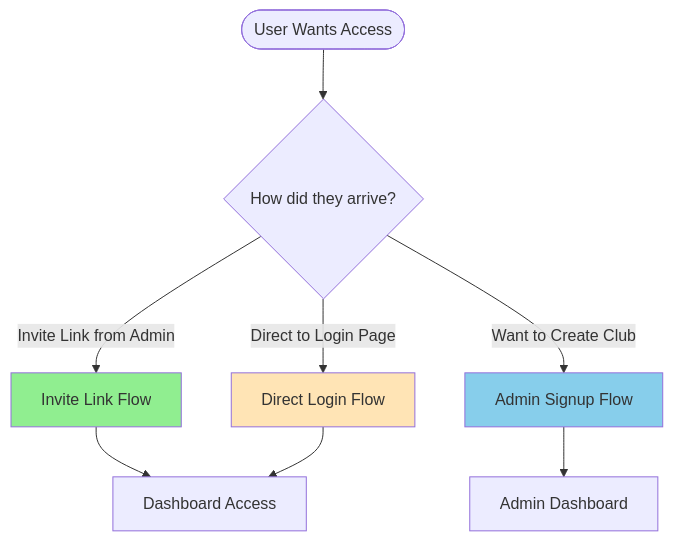
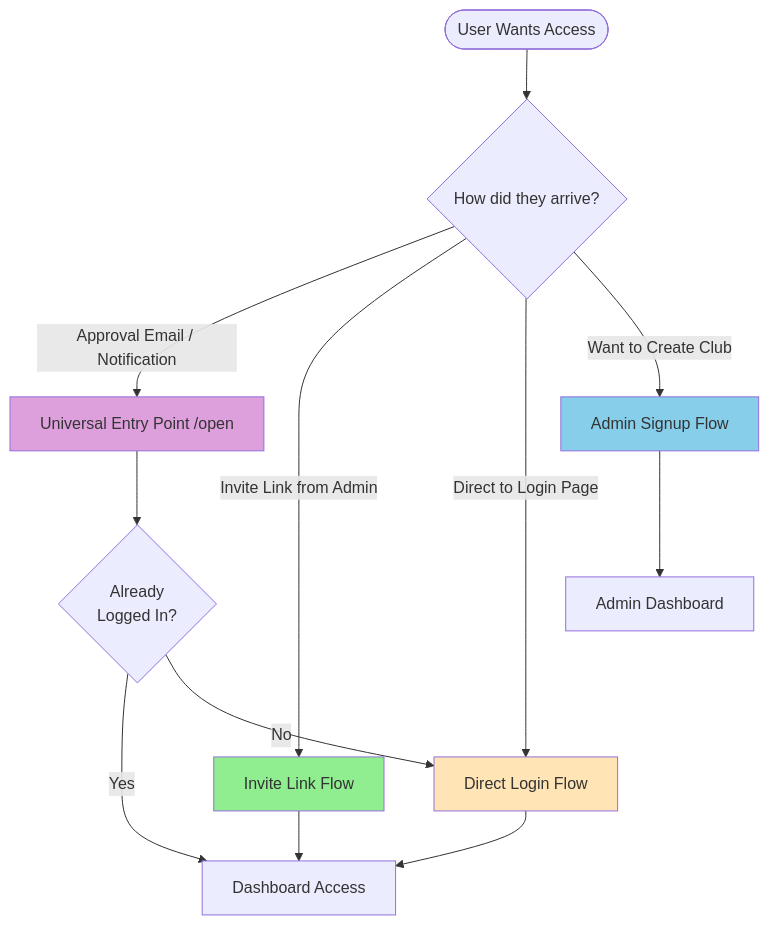
Before and after one commit to ianstrang2/berkoTNF: the first of 13 diagrams in docs/MERMAID_Auth.md, drawn with Mermaid. The commit also changed other lines of this file and 70 other files, not shown here.

````diff
--- a/docs/MERMAID_Auth.md
+++ b/docs/MERMAID_Auth.md
@@ -10,16 +10,22 @@
 ```mermaid
 graph TD
     Start([User Wants Access]) --> Decision1{How did they arrive?}
     
+    Decision1 -->|Approval Email / Notification| OpenFlow[Universal Entry Point /open]
     Decision1 -->|Invite Link from Admin| InviteFlow[Invite Link Flow]
     Decision1 -->|Direct to Login Page| DirectLogin[Direct Login Flow]
     Decision1 -->|Want to Create Club| AdminSignup[Admin Signup Flow]
     
-    InviteFlow --> Dashboard[Dashboard Access]
+    OpenFlow --> SessionCheck{Already<br/>Logged In?}
+    SessionCheck -->|Yes| Dashboard[Dashboard Access]
+    SessionCheck -->|No| DirectLogin
+    
+    InviteFlow --> Dashboard
     DirectLogin --> Dashboard
     AdminSignup --> AdminDash[Admin Dashboard]
     
+    style OpenFlow fill:#DDA0DD
     style InviteFlow fill:#90EE90
     style DirectLogin fill:#FFE4B5
     style AdminSignup fill:#87CEEB
 ```
````
